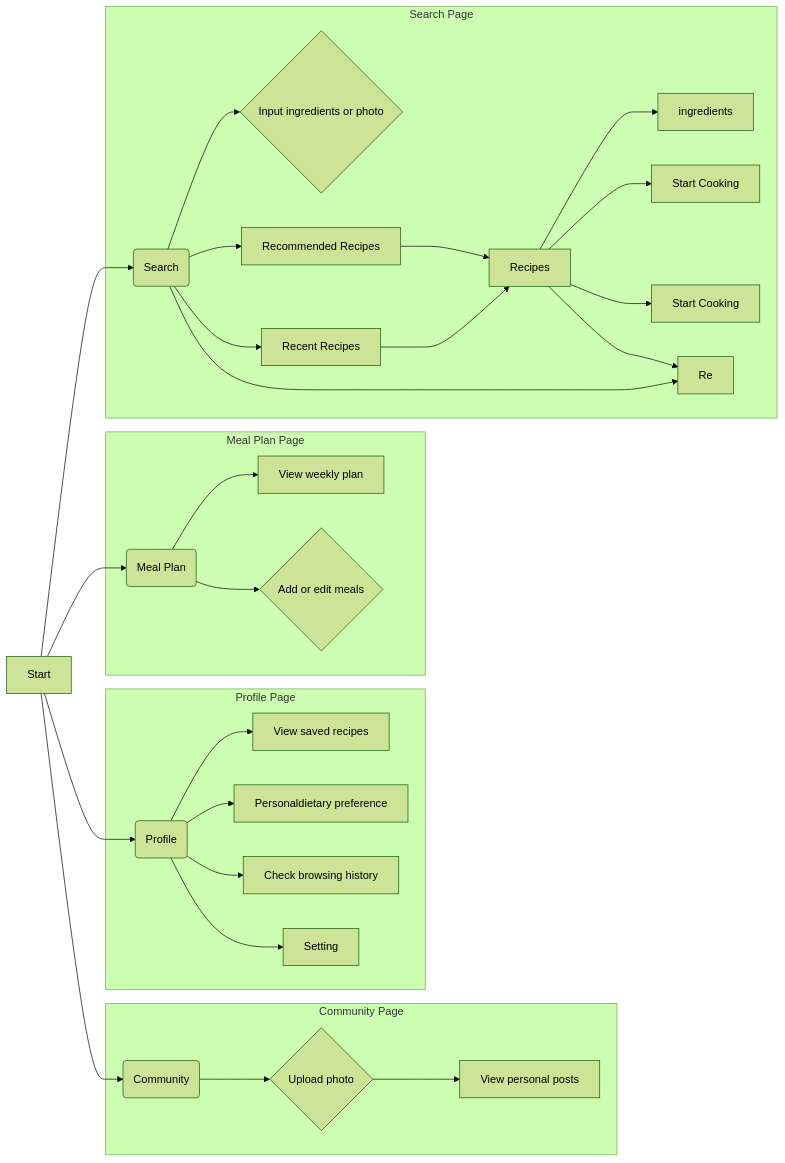
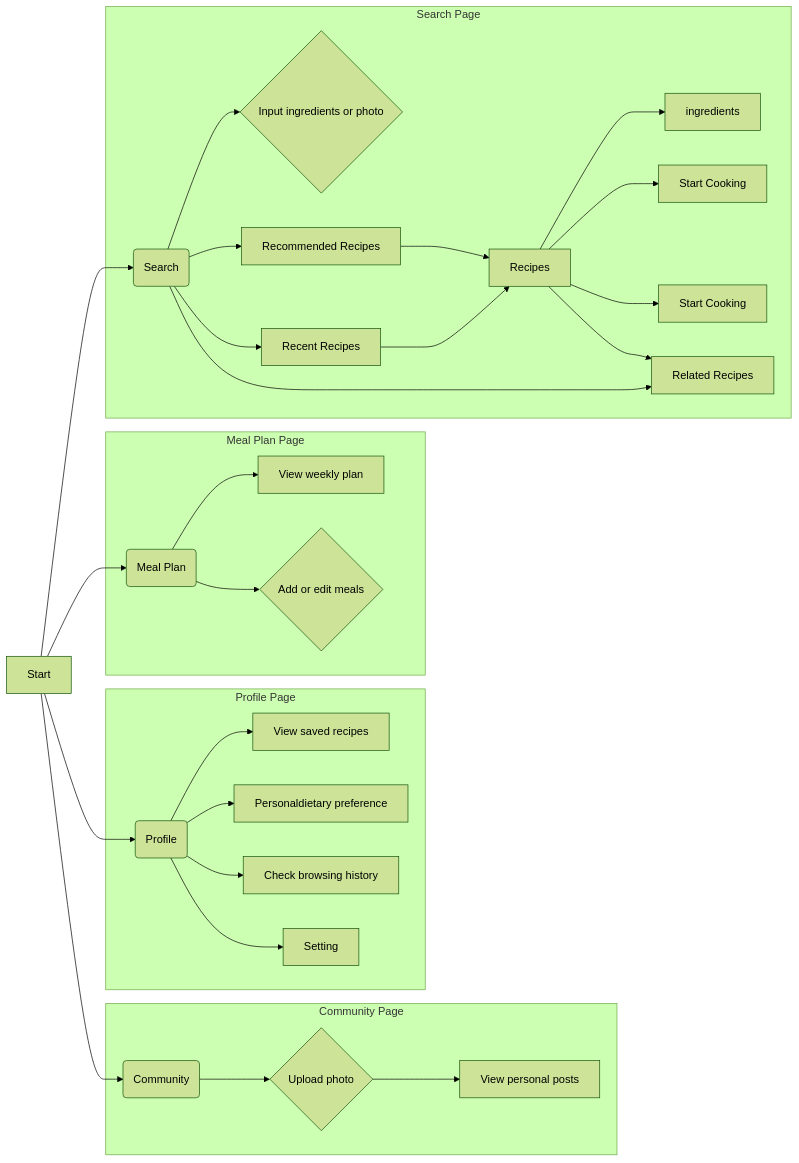
The diagram in all/未命名-2.md (seven8301/iodraw-files), drawn with Mermaid (forest theme) before and after one commit.

Commit message:
2025-04-09 20:46:15 update

````diff
--- a/all/未命名-2.md
+++ b/all/未命名-2.md
@@ -1,37 +1,37 @@
 ```mermaid
 graph LR
     A[Start] --> B(Search);
     A --> C(Community);
     A --> D(Meal Plan);
     A --> E(Profile);
 
     
     subgraph "Profile Page"
         E --> L[View saved recipes];
         E --> Q[Personaldietary preference];
         E --> M[Check browsing history];
         E --> P[Setting];
 
         
     end
       subgraph "Meal Plan Page"
         D --> J[View weekly plan];
         D --> K{Add or edit meals};
     end
      subgraph "Community Page"
         C --> H{Upload photo};
         H --> I[View personal posts];
     end
     subgraph "Search Page"
         B --> F{Input ingredients or photo};
         B --> G[Recommended Recipes];
         G --> R[Recipes];
         O --> R[Recipes];
         R --> S[ingredients];
         R --> T[Start Cooking];
         R --> U[Start Cooking];
         R --> V[Start Cooking];
-        B --> V[Re];
+        B --> V[Related Recipes];
         B --> O[Recent Recipes];
     end
 ```
````
